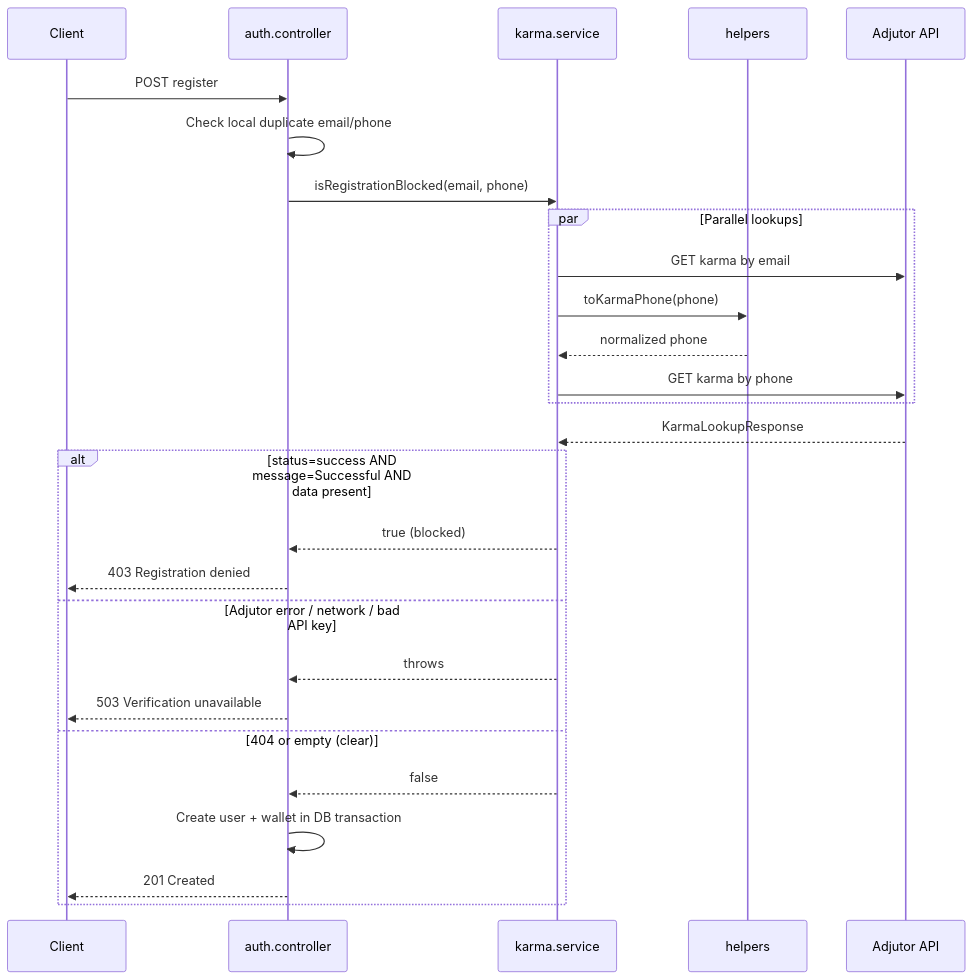
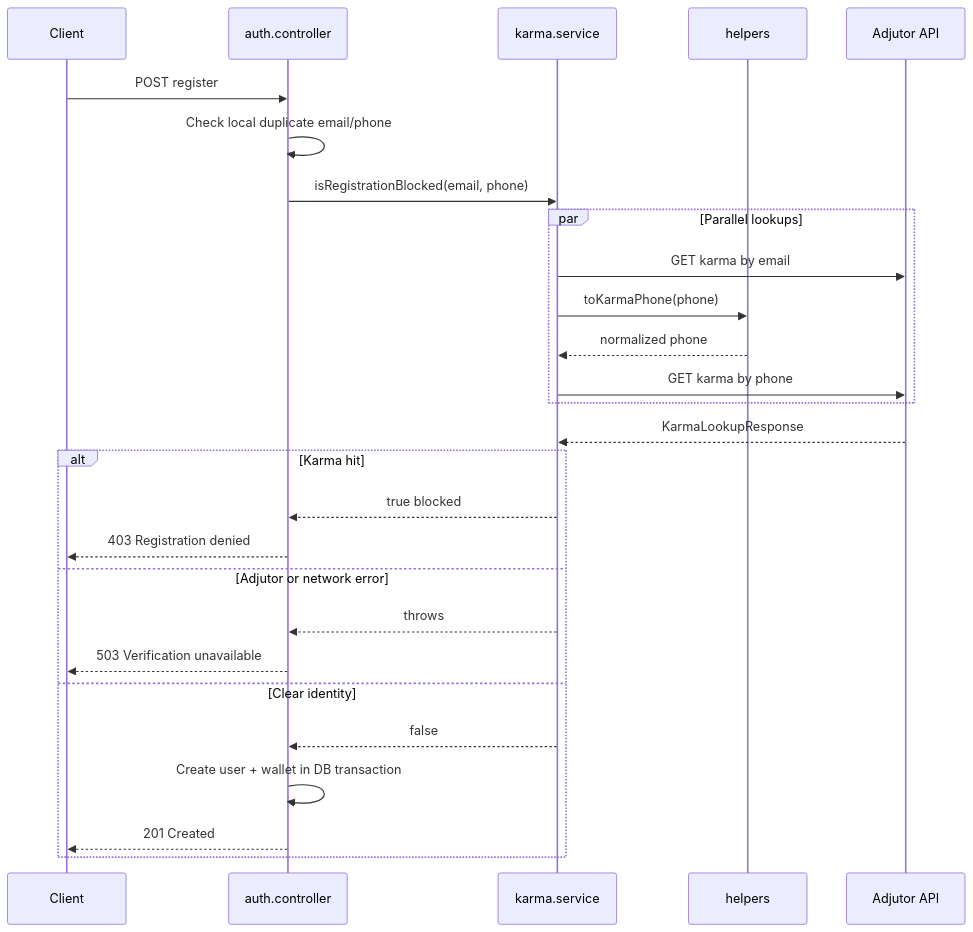
Before and after one commit to Anaboy01/Demo-Credit: the fifth of 7 diagrams in Architecture.md, drawn with Mermaid. The commit also changed other lines of this file, not shown here.

First line of the commit message:
fix(docs): repair Auth flow and ER Mermaid diagrams for GitHub

````diff
--- a/Architecture.md
+++ b/Architecture.md
@@ -211,33 +211,33 @@
 ```mermaid
 sequenceDiagram
     participant C as Client
     participant AC as auth.controller
     participant KS as karma.service
     participant H as helpers
     participant A as Adjutor API
 
     C->>AC: POST register
     AC->>AC: Check local duplicate email/phone
     AC->>KS: isRegistrationBlocked(email, phone)
 
     par Parallel lookups
         KS->>A: GET karma by email
         KS->>H: toKarmaPhone(phone)
         H-->>KS: normalized phone
         KS->>A: GET karma by phone
     end
 
     A-->>KS: KarmaLookupResponse
 
-    alt status=success AND message=Successful AND data present
-        KS-->>AC: true (blocked)
+    alt Karma hit
+        KS-->>AC: true blocked
         AC-->>C: 403 Registration denied
-    else Adjutor error / network / bad API key
+    else Adjutor or network error
         KS-->>AC: throws
         AC-->>C: 503 Verification unavailable
-    else 404 or empty (clear)
+    else Clear identity
         KS-->>AC: false
         AC->>AC: Create user + wallet in DB transaction
         AC-->>C: 201 Created
     end
 ```
````
